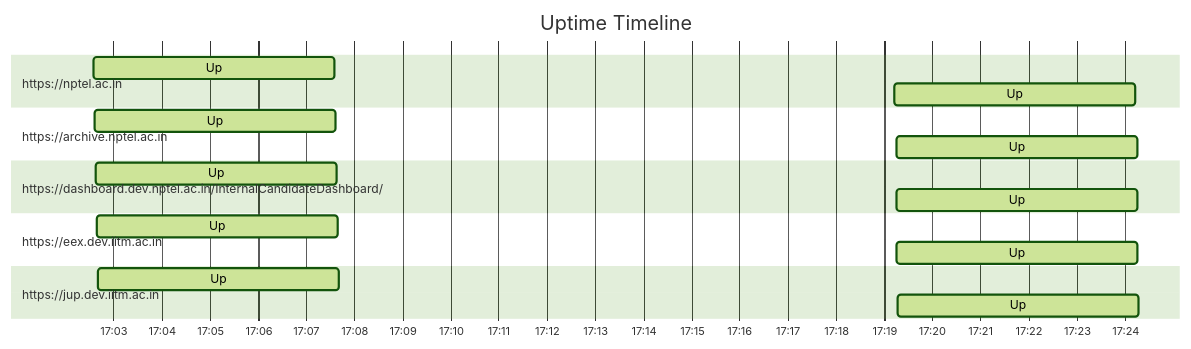
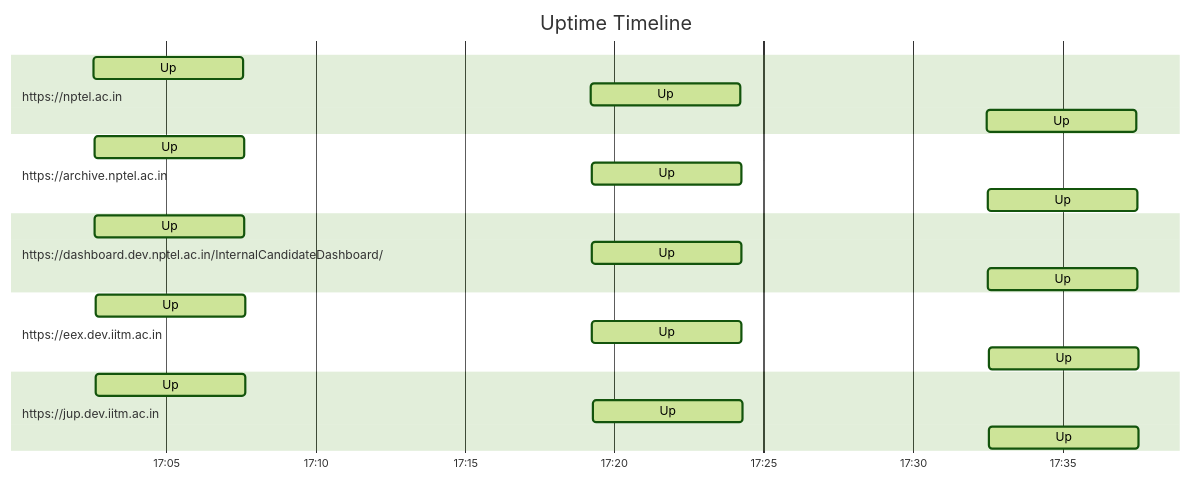
The diagram in results.md (nchandra75/monitor), drawn with Mermaid (forest theme) before and after one commit. The commit also changed other lines of this file and 1 other file, not shown here.

````diff
--- a/results.md
+++ b/results.md
@@ -21,21 +21,26 @@
 ```mermaid
 gantt
     title Uptime Timeline
     dateFormat YYYY-MM-DD HH:mm:ss
     axisFormat %H:%M
     section https://nptel.ac.in
         Up: active, 2024-09-13 17:02:35, 5m
         Up: active, 2024-09-13 17:19:13, 5m
+        Up: active, 2024-09-13 17:32:28, 5m
     section https://archive.nptel.ac.in
         Up: active, 2024-09-13 17:02:37, 5m
         Up: active, 2024-09-13 17:19:15, 5m
+        Up: active, 2024-09-13 17:32:29, 5m
     section https://dashboard.dev.nptel.ac.in/InternalCandidateDashboard/
         Up: active, 2024-09-13 17:02:38, 5m
         Up: active, 2024-09-13 17:19:15, 5m
+        Up: active, 2024-09-13 17:32:30, 5m
     section https://eex.dev.iitm.ac.in
         Up: active, 2024-09-13 17:02:39, 5m
         Up: active, 2024-09-13 17:19:16, 5m
+        Up: active, 2024-09-13 17:32:31, 5m
     section https://jup.dev.iitm.ac.in
         Up: active, 2024-09-13 17:02:40, 5m
         Up: active, 2024-09-13 17:19:17, 5m
+        Up: active, 2024-09-13 17:32:32, 5m
 ```
````
